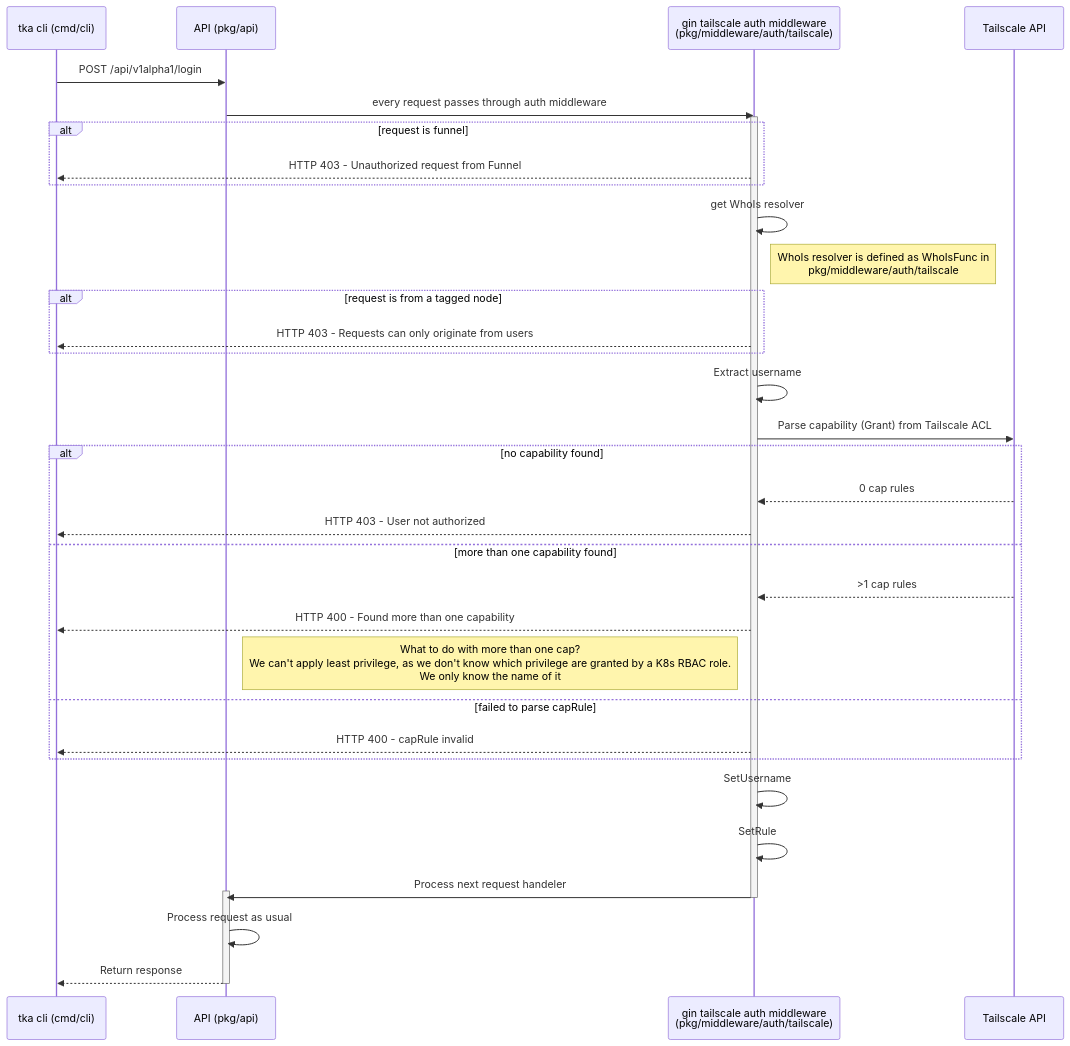
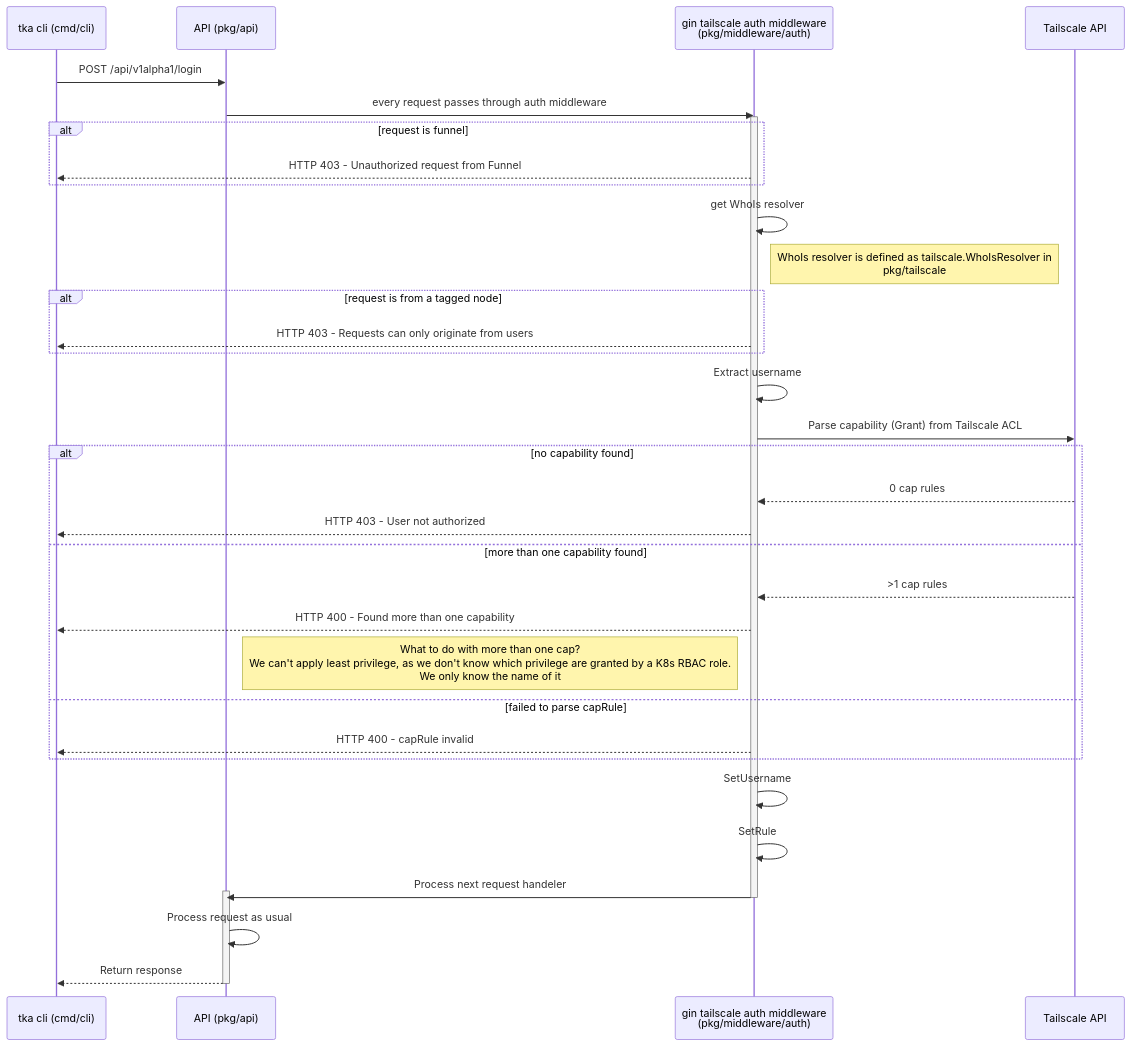
The second of 5 diagrams in docs/reference/developer/request-flows.md (SpechtLabs/tka), drawn with Mermaid before and after one commit. The commit also changed 38 other files, not shown here.

First line of the commit message:
refactor!: restructure pkg/ architecture with clean layered design

````diff
--- a/docs/reference/developer/request-flows.md
+++ b/docs/reference/developer/request-flows.md
@@ -71,47 +71,47 @@
 ```mermaid
 sequenceDiagram
     participant cli as tka cli (cmd/cli)
     participant api as API (pkg/api)
-    participant auth as gin tailscale auth middleware<br/> (pkg/middleware/auth/tailscale)
+    participant auth as gin tailscale auth middleware<br/> (pkg/middleware/auth)
     participant ts as Tailscale API
 
     cli->>api: POST /api/v1alpha1/login
     api->>auth: every request passes through auth middleware
     activate auth
 
     alt request is funnel
         auth-->>cli: HTTP 403 - Unauthorized request from Funnel
     end
 
     auth->>auth: get WhoIs resolver
-    Note right of auth: WhoIs resolver is defined as WhoIsFunc in <br/> pkg/middleware/auth/tailscale
+    Note right of auth: WhoIs resolver is defined as tailscale.WhoIsResolver in <br/> pkg/tailscale
 
     alt request is from a tagged node
         auth-->>cli: HTTP 403 - Requests can only originate from users
     end
 
     auth->>auth: Extract username
 
     auth->>ts: Parse capability (Grant) from Tailscale ACL
 
     alt no capability found
         ts-->>auth: 0 cap rules
         auth-->>cli: HTTP 403 - User not authorized
     else more than one capability found
         ts-->>auth: >1 cap rules
         auth-->>cli: HTTP 400 - Found more than one capability
         Note left of auth: What to do with more than one cap?<br/>We can't apply least privilege, as we don't know which privilege are granted by a K8s RBAC role.<br/>We only know the name of it
     else failed to parse capRule
         auth-->>cli: HTTP 400 - capRule invalid
     end
 
     auth->>auth: SetUsername
     auth->>auth: SetRule
     auth->>api: Process next request handeler
     activate api
     deactivate auth
     api->>api: Process request as usual
     api-->>cli: Return response
     deactivate api
 
 ```
````
